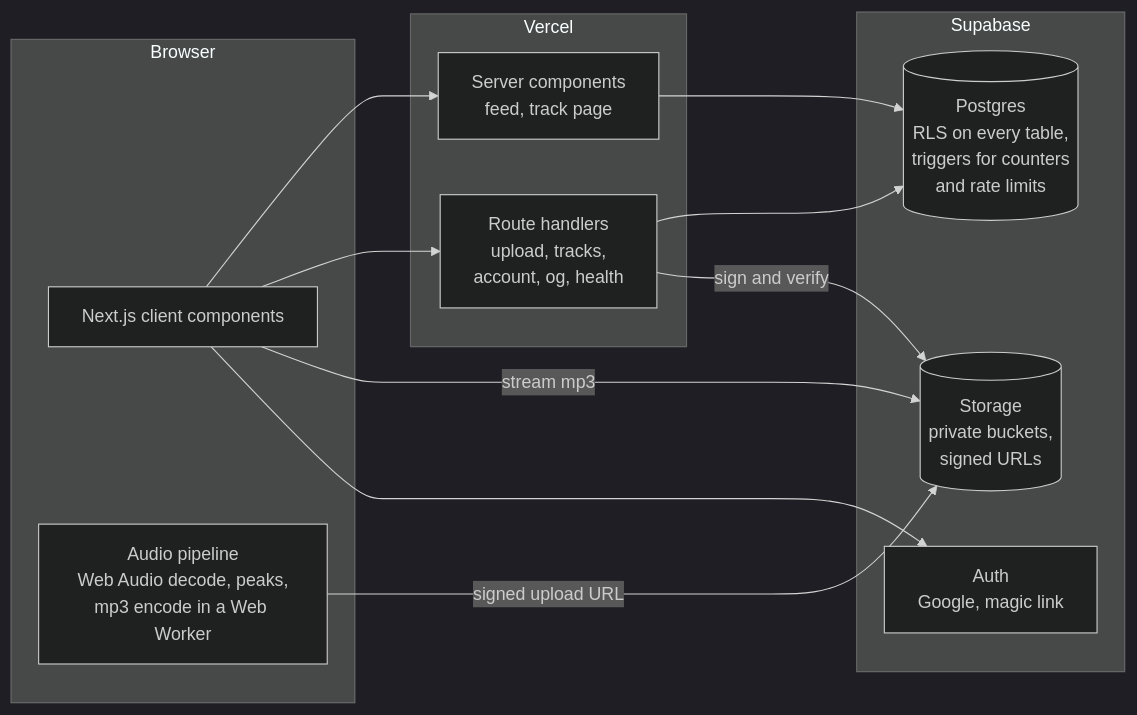
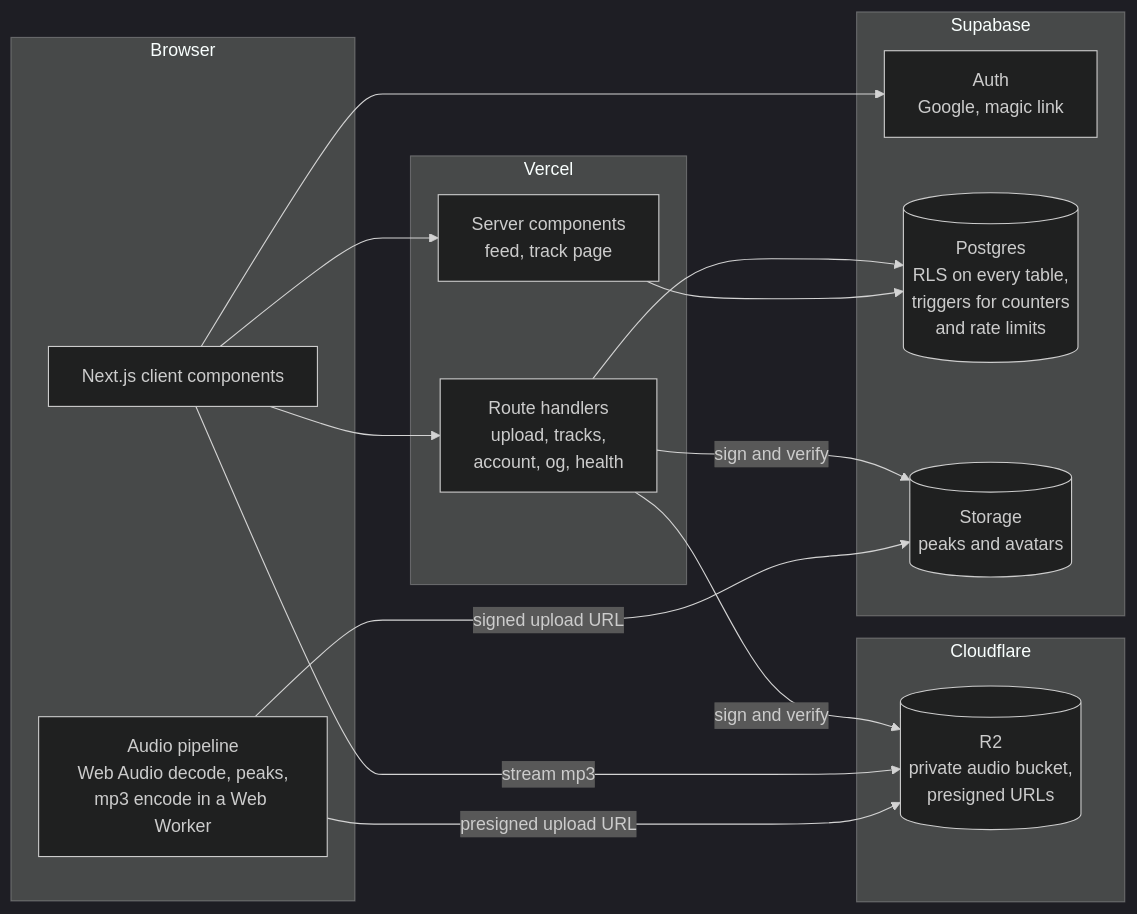
One commit to braenden/needears changed the diagram in README.md. Above: the diagram before and after it, drawn with Mermaid (dark theme). The commit also changed other lines of this file and 34 other files, not shown here.

First line of the commit message:
feat(storage): store and stream audio from Cloudflare R2

````diff
--- a/README.md
+++ b/README.md
@@ -48,27 +48,33 @@
 ```mermaid
 flowchart LR
   subgraph Browser
     UI[Next.js client components]
     Pipe[Audio pipeline<br/>Web Audio decode, peaks,<br/>mp3 encode in a Web Worker]
   end
 
   subgraph Vercel
     RSC[Server components<br/>feed, track page]
     API[Route handlers<br/>upload, tracks,<br/>account, og, health]
   end
 
   subgraph Supabase
     Auth[Auth<br/>Google, magic link]
     DB[(Postgres<br/>RLS on every table,<br/>triggers for counters<br/>and rate limits)]
-    Storage[(Storage<br/>private buckets,<br/>signed URLs)]
+    Storage[(Storage<br/>peaks and avatars)]
+  end
+
+  subgraph Cloudflare
+    R2[(R2<br/>private audio bucket,<br/>presigned URLs)]
   end
 
   UI --> RSC
   UI --> API
+  Pipe -- presigned upload URL --> R2
   Pipe -- signed upload URL --> Storage
-  UI -- stream mp3 --> Storage
+  UI -- stream mp3 --> R2
   RSC --> DB
   API --> DB
+  API -- sign and verify --> R2
   API -- sign and verify --> Storage
   UI --> Auth
 ```
````
